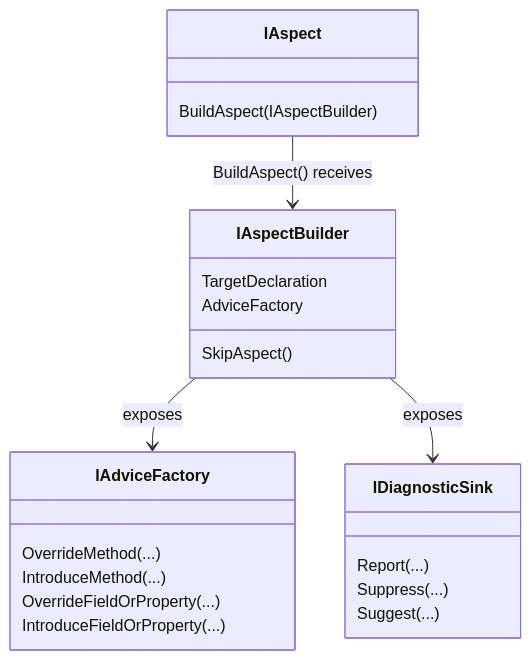
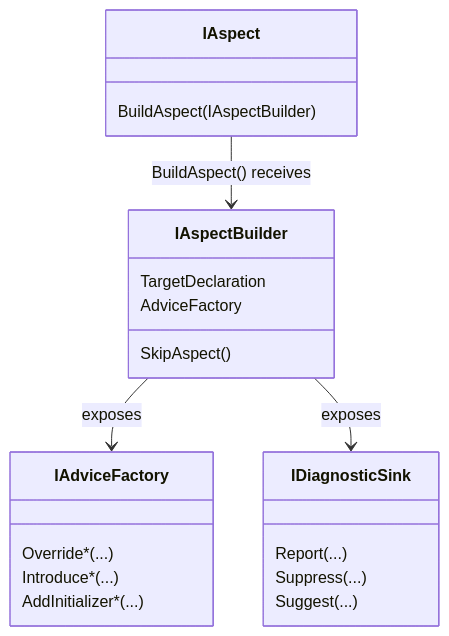
One commit to postsharp/Metalama.Documentation changed the diagram in conceptual/Aspects/fundamentals/aspect-abilities.md. Above: the diagram before and after it, drawn with Mermaid. The commit also changed 37 other files, not shown here.

````diff
--- a/conceptual/Aspects/fundamentals/aspect-abilities.md
+++ b/conceptual/Aspects/fundamentals/aspect-abilities.md
@@ -13,31 +13,30 @@
 ```mermaid
 classDiagram
     
     class IAspect {
         BuildAspect(IAspectBuilder)
     }
 
     class IAspectBuilder {
         SkipAspect()
         TargetDeclaration
         AdviceFactory
     }
 
     class IAdviceFactory {
-        OverrideMethod(...)
-        IntroduceMethod(...)
-        OverrideFieldOrProperty(...)
-        IntroduceFieldOrProperty(...)
+        Override*(...)
+        Introduce*(...)
+        AddInitializer*(...)
     }
 
     class IDiagnosticSink {
         Report(...)
         Suppress(...)
         Suggest(...)
     }
 
     IAspect --> IAspectBuilder : BuildAspect() receives
     IAspectBuilder --> IAdviceFactory : exposes
     IAspectBuilder --> IDiagnosticSink : exposes
 
 ```
````
